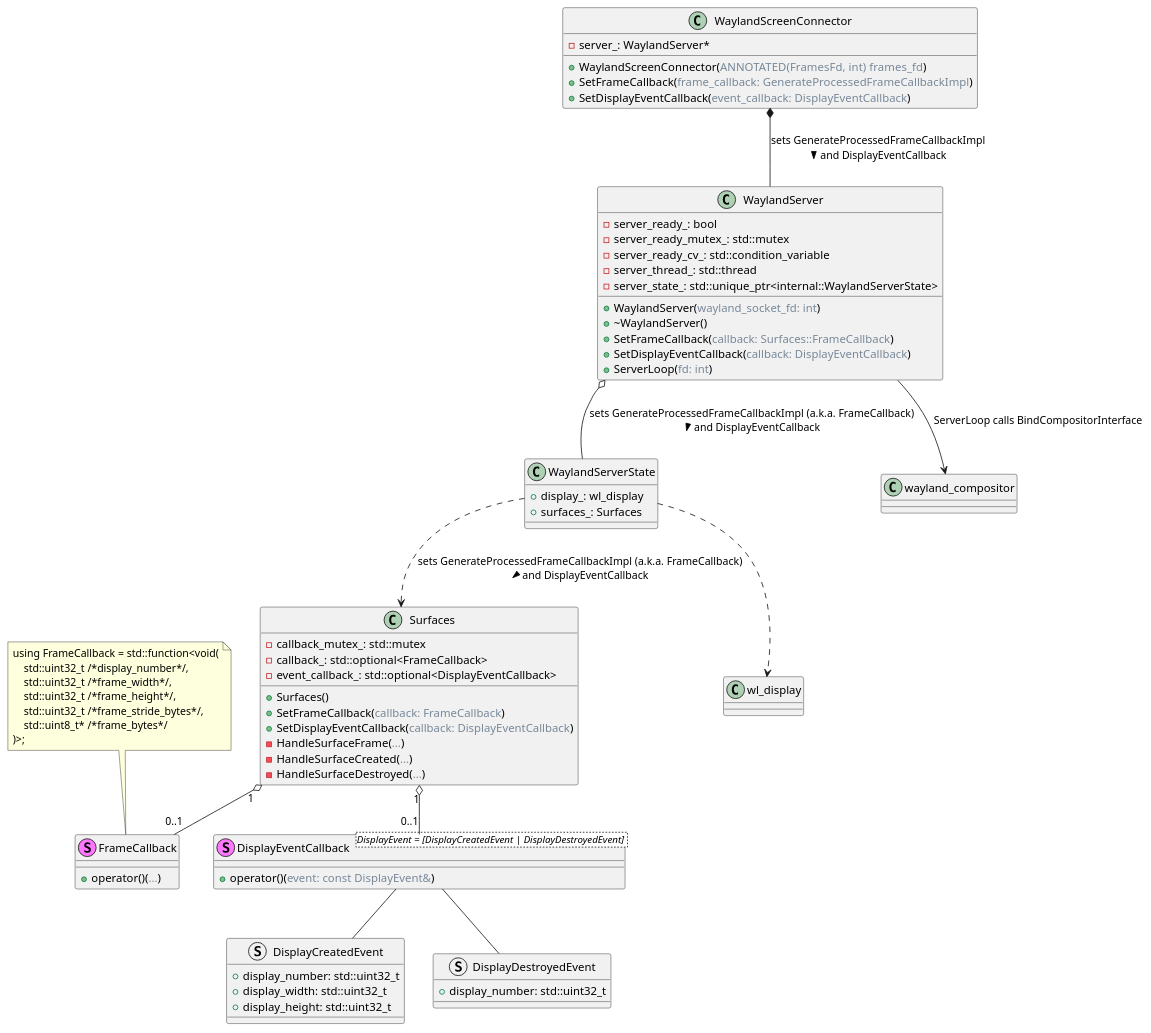
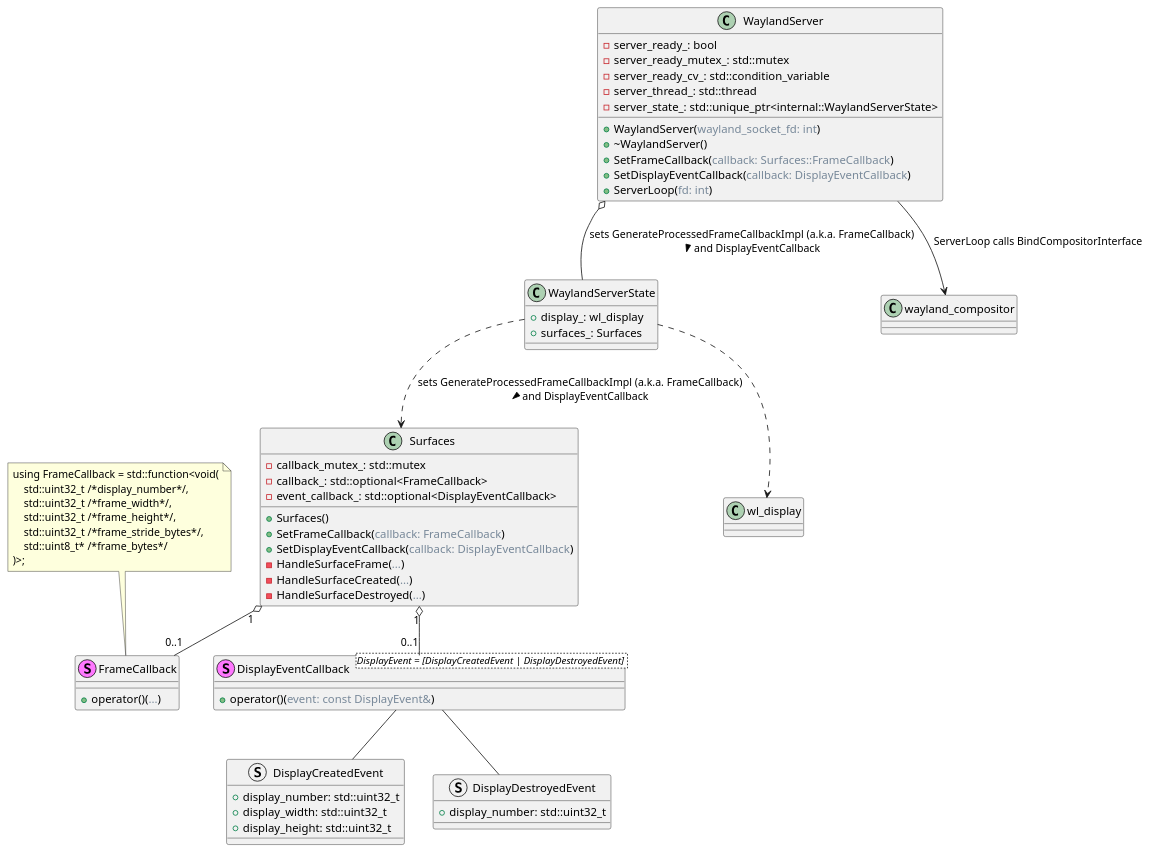
Before and after one commit to dmitvitalii/cf_diagrams: the diagram in wayland_server_diagram.puml, drawn with PlantUML. The commit also changed 3 other files, not shown here.

Commit message:
Rearrange diagrams and relations

```diff
--- a/wayland_server_diagram.puml
+++ b/wayland_server_diagram.puml
@@ -1,79 +1,69 @@
 @startuml
 
 class Surfaces {
   + Surfaces()
   + SetFrameCallback(<color:LightSlateGray>callback: FrameCallback</color>)
   + SetDisplayEventCallback(<color:LightSlateGray>callback: DisplayEventCallback</color>)
 
   - callback_mutex_: std::mutex
   - callback_: std::optional<FrameCallback>
   - event_callback_: std::optional<DisplayEventCallback>
 
   - HandleSurfaceFrame(<color:LightSlateGray>...</color>)
   - HandleSurfaceCreated(<color:LightSlateGray>...</color>)
   - HandleSurfaceDestroyed(<color:LightSlateGray>...</color>)
-}
-
-class WaylandScreenConnector {
-  -server_: WaylandServer*
-  +WaylandScreenConnector(<color:LightSlateGray>ANNOTATED(FramesFd, int) frames_fd</color>)
-  +SetFrameCallback(<color:LightSlateGray>frame_callback: GenerateProcessedFrameCallbackImpl</color>)
-  +SetDisplayEventCallback(<color:LightSlateGray>event_callback: DisplayEventCallback</color>)
 }
 
 class WaylandServer {
   -server_ready_: bool
   -server_ready_mutex_: std::mutex
   -server_ready_cv_: std::condition_variable
   -server_thread_: std::thread
   -server_state_: std::unique_ptr<internal::WaylandServerState>
   +WaylandServer(<color:LightSlateGray>wayland_socket_fd: int</color>)
   +~WaylandServer()
   +SetFrameCallback(<color:LightSlateGray>callback: Surfaces::FrameCallback</color>)
   +SetDisplayEventCallback(<color:LightSlateGray>callback: DisplayEventCallback</color>)
   +ServerLoop(<color:LightSlateGray>fd: int</color>)
 }
 
 stereotype FrameCallback {
   +operator()(<color:LightSlateGray>...</color>)
 }
 note top of FrameCallback: using FrameCallback = std::function<void(\n    std::uint32_t /*display_number*/,\n    std::uint32_t /*frame_width*/,\n    std::uint32_t /*frame_height*/,\n    std::uint32_t /*frame_stride_bytes*/,\n    std::uint8_t* /*frame_bytes*/\n)>;
 
 
 struct DisplayCreatedEvent {
   +display_number: std::uint32_t
   +display_width: std::uint32_t
   +display_height: std::uint32_t
 }
 
 struct DisplayDestroyedEvent {
   +display_number: std::uint32_t
 }
 
 stereotype DisplayEventCallback<DisplayEvent = [DisplayCreatedEvent | DisplayDestroyedEvent] > {
   +operator()(<color:LightSlateGray>event: const DisplayEvent&</color>)
 }
  
 
 class WaylandServerState {
   +display_: wl_display
   +surfaces_: Surfaces
 }
 
-
-WaylandScreenConnector *-- WaylandServer : sets GenerateProcessedFrameCallbackImpl\nand DisplayEventCallback >
-
 WaylandServer o-- WaylandServerState : sets GenerateProcessedFrameCallbackImpl (a.k.a. FrameCallback)\nand DisplayEventCallback >
 WaylandServer --> wayland_compositor : ServerLoop calls BindCompositorInterface
 
 WaylandServerState ..> Surfaces : sets GenerateProcessedFrameCallbackImpl (a.k.a. FrameCallback)\nand DisplayEventCallback >
 WaylandServerState ..> wl_display
 
 Surfaces "1" o-- "0..1" FrameCallback
 Surfaces "1" o-- "0..1" DisplayEventCallback
 
 
 DisplayEventCallback -- DisplayCreatedEvent 
 DisplayEventCallback -- DisplayDestroyedEvent
 
 @enduml
```
